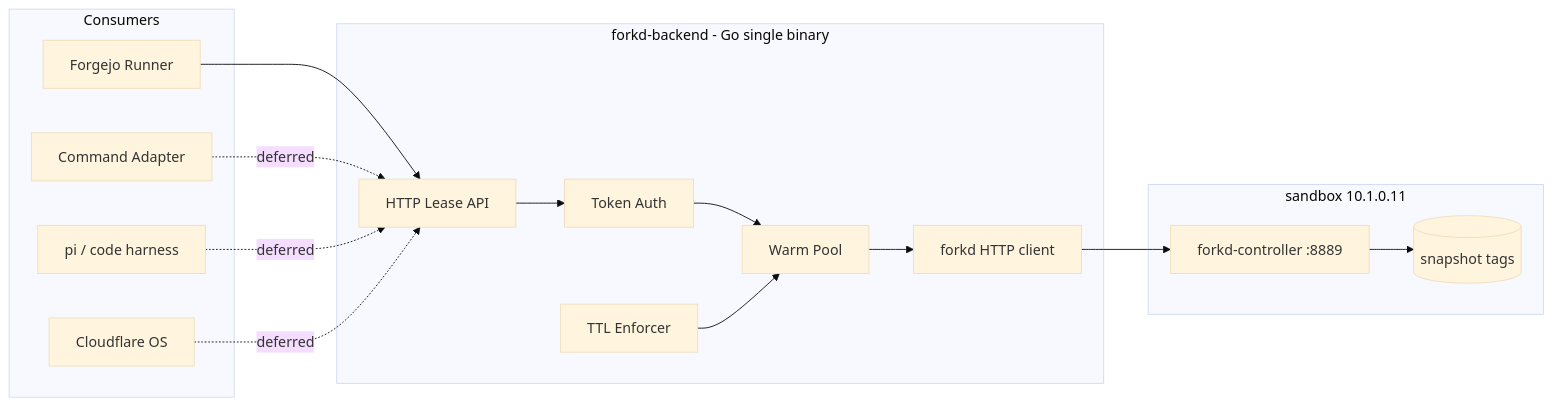
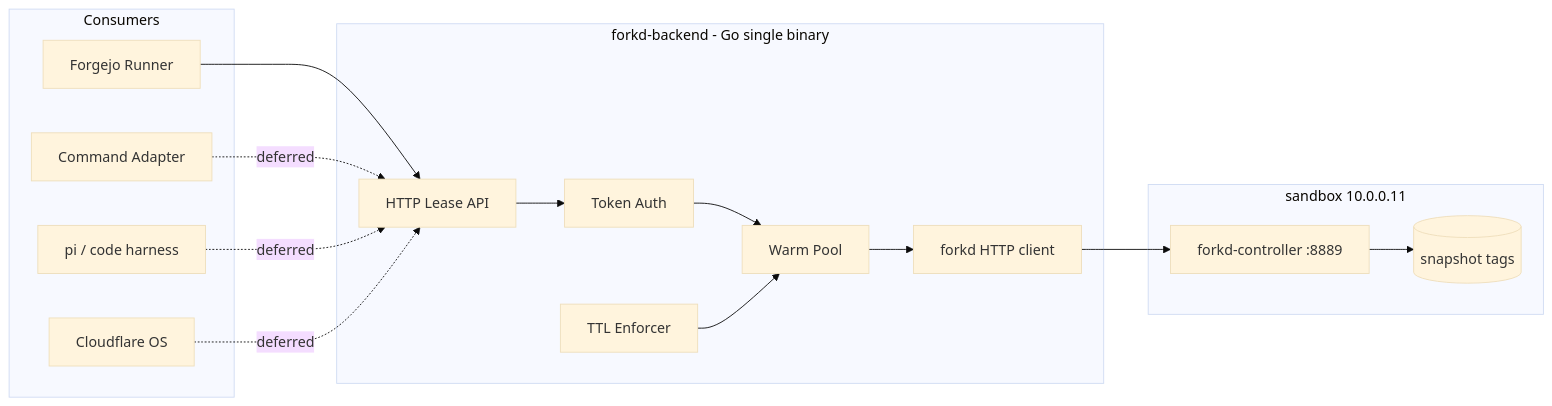
The first of 2 diagrams in docs/plans/2026-08-08-001-feat-forkd-ephemeral-backend-plan.md (jrimmer/spoond), drawn with Mermaid (base theme) before and after one commit. The commit also changed other lines of this file and 49 other files, not shown here.

````diff
--- a/docs/plans/2026-08-08-001-feat-forkd-ephemeral-backend-plan.md
+++ b/docs/plans/2026-08-08-001-feat-forkd-ephemeral-backend-plan.md
@@ -88,28 +88,28 @@
 ```mermaid
 flowchart LR
     subgraph Consumers
         FJ[Forgejo Runner]
         EX[Command Adapter]
         PI[pi / code harness]
         CO[Cloudflare OS]
     end
     subgraph Backend [forkd-backend - Go single binary]
         API[HTTP Lease API]
         POOL[Warm Pool]
         TTL[TTL Enforcer]
         AUTH[Token Auth]
         FC[forkd HTTP client]
     end
-    subgraph Host [sandbox 10.1.0.11]
+    subgraph Host [sandbox 10.0.0.11]
         CTRL[forkd-controller :8889]
         SNAP[(snapshot tags)]
     end
     FJ --> API
     EX -.deferred.-> API
     PI -.deferred.-> API
     CO -.deferred.-> API
     API --> AUTH --> POOL --> FC
     FC --> CTRL
     CTRL --> SNAP
     TTL --> POOL
 ```
````
